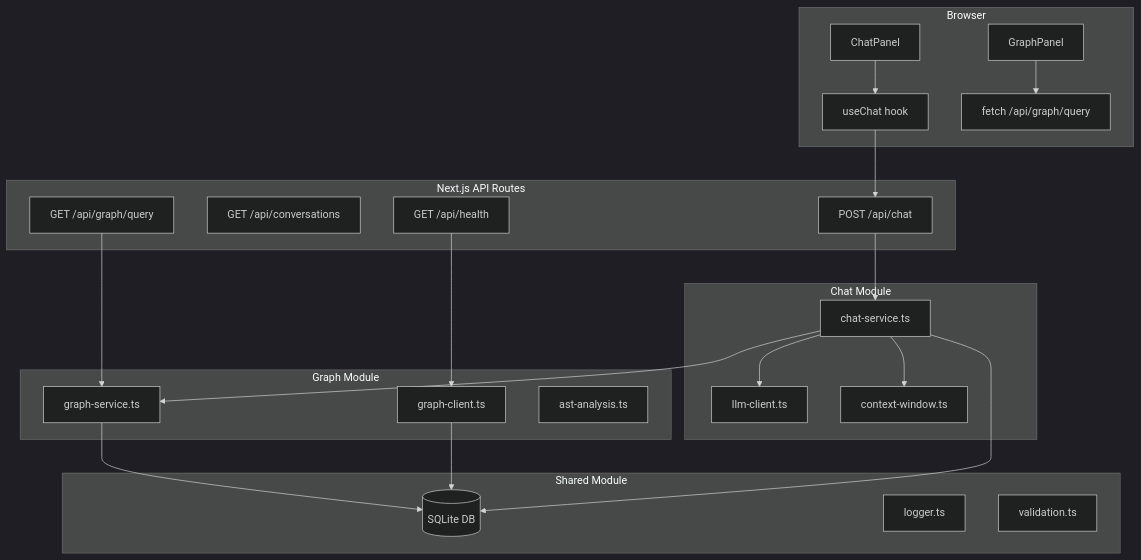
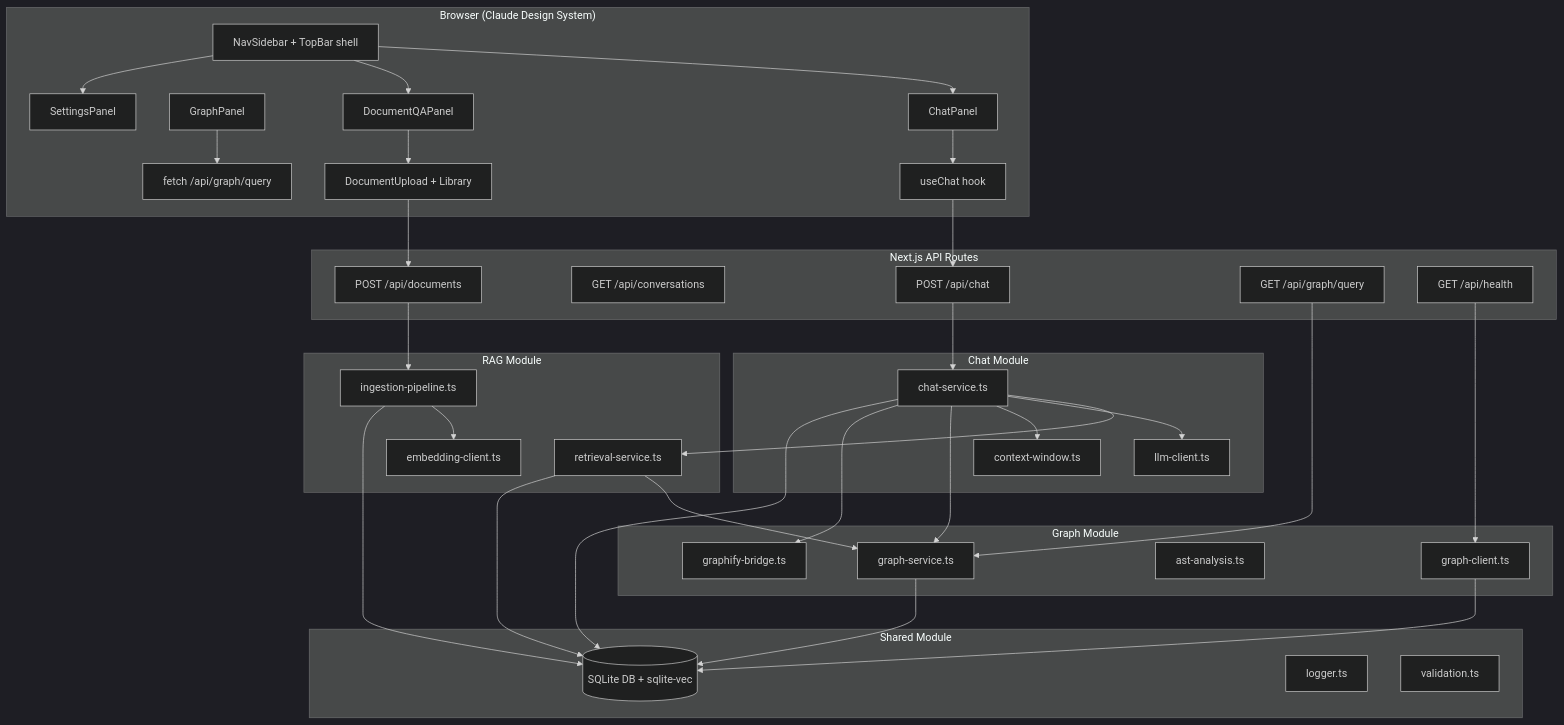
The diagram in README.md (ajithsai5/neurodesk-ai), drawn with Mermaid (dark theme) before and after one commit. The commit also changed other lines of this file, not shown here.

First line of the commit message:
docs: fix README inconsistencies and improve architecture diagram

````diff
--- a/README.md
+++ b/README.md
@@ -41,43 +41,65 @@
 ```mermaid
 graph TD
-    subgraph "Browser"
+    subgraph "Browser (Claude Design System)"
+        S[NavSidebar + TopBar shell]
         A[ChatPanel] --> B[useChat hook]
         C[GraphPanel] --> D[fetch /api/graph/query]
+        DQ[DocumentQAPanel] --> DU[DocumentUpload + Library]
+        SP[SettingsPanel]
+        S --> A
+        S --> DQ
+        S --> SP
     end
 
     subgraph "Next.js API Routes"
         E[POST /api/chat]
         F[GET /api/conversations]
+        DOC[POST /api/documents]
         G[GET /api/graph/query]
         H[GET /api/health]
     end
 
     subgraph "Chat Module"
         I[chat-service.ts]
         J[llm-client.ts]
         K[context-window.ts]
     end
 
+    subgraph "RAG Module"
+        R1[ingestion-pipeline.ts]
+        R2[retrieval-service.ts]
+        R3[embedding-client.ts]
+    end
+
     subgraph "Graph Module"
         L[graph-service.ts]
         M[graph-client.ts]
         N[ast-analysis.ts]
+        GB[graphify-bridge.ts]
     end
 
     subgraph "Shared Module"
-        O[(SQLite DB)]
+        O[(SQLite DB + sqlite-vec)]
         P[logger.ts]
         Q[validation.ts]
     end
 
     B --> E
+    DU --> DOC
     E --> I
+    DOC --> R1
+    I --> R2
     I --> J
     I --> K
     I --> L
+    I --> GB
+    R1 --> R3
+    R2 --> L
     G --> L
     H --> M
     L --> O
     M --> O
+    R1 --> O
+    R2 --> O
     I --> O
 ```
````
